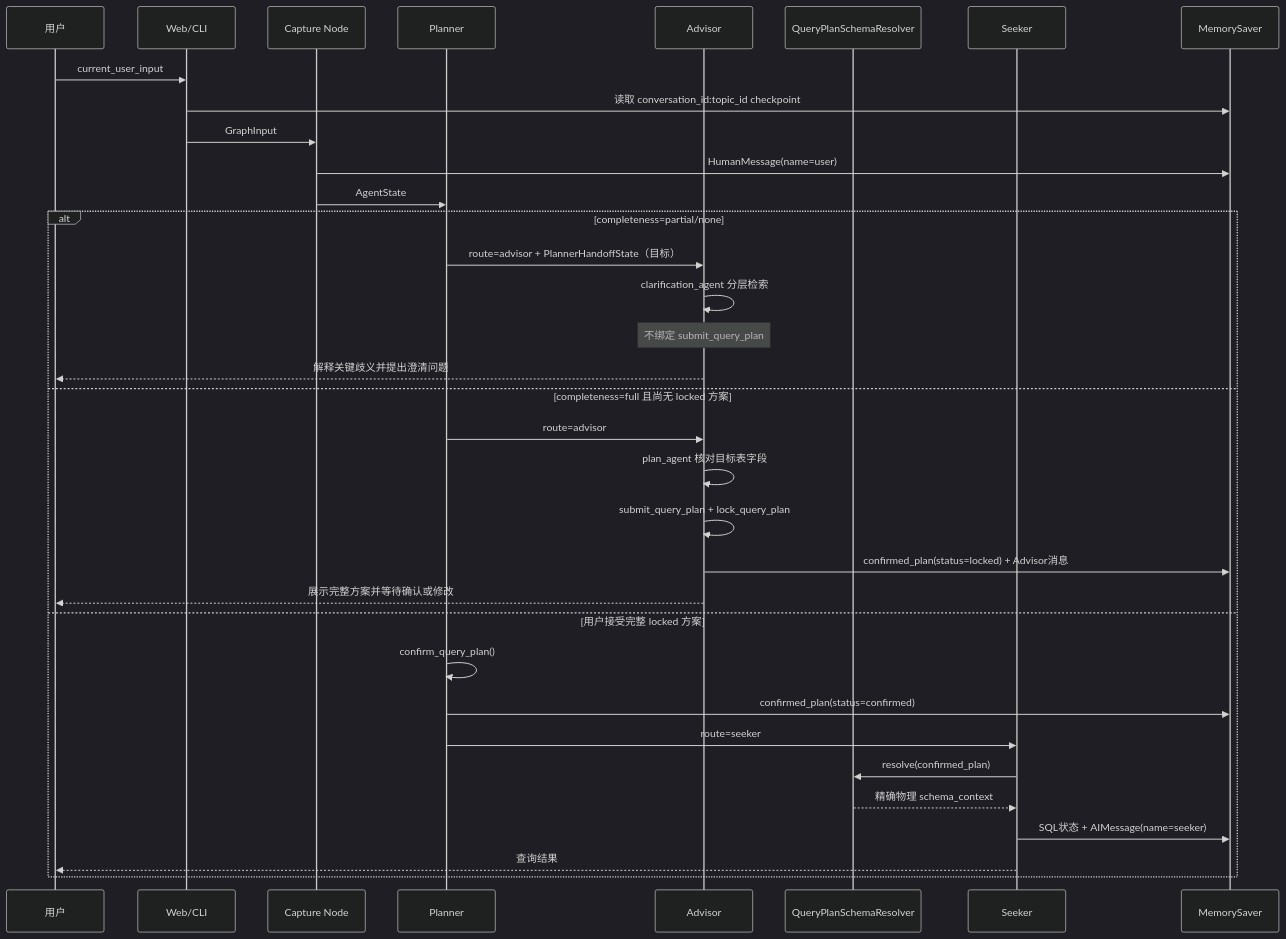
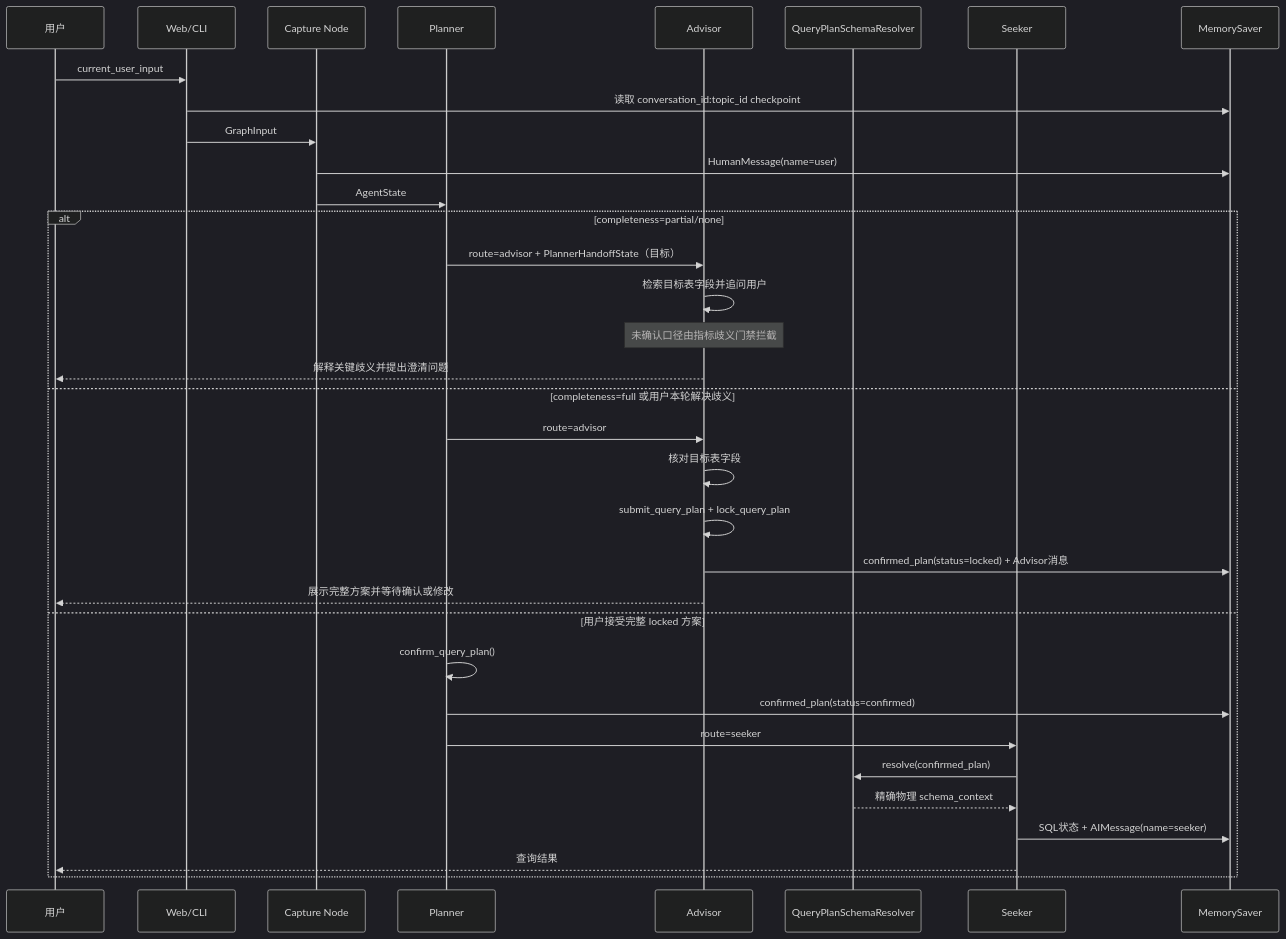
One commit to 18336621007/warehouseAgent changed the fifth of 5 diagrams in docs/架构/State与记忆系统架构.md. Above: the diagram before and after it, drawn with Mermaid (dark theme). The commit also changed other lines of this file and 24 other files, not shown here.

````diff
--- a/docs/架构/State与记忆系统架构.md
+++ b/docs/架构/State与记忆系统架构.md
@@ -445,37 +449,37 @@
 ```mermaid
 sequenceDiagram
     participant U as 用户
     participant W as Web/CLI
     participant C as Capture Node
     participant P as Planner
     participant A as Advisor
     participant R as QueryPlanSchemaResolver
     participant S as Seeker
     participant M as MemorySaver
 
     U->>W: current_user_input
     W->>M: 读取 conversation_id:topic_id checkpoint
     W->>C: GraphInput
     C->>M: HumanMessage(name=user)
     C->>P: AgentState
     alt completeness=partial/none
         P->>A: route=advisor + PlannerHandoffState（目标）
-        A->>A: clarification_agent 分层检索
-        Note over A: 不绑定 submit_query_plan
+        A->>A: 检索目标表字段并追问用户
+        Note over A: 未确认口径由指标歧义门禁拦截
         A-->>U: 解释关键歧义并提出澄清问题
-    else completeness=full 且尚无 locked 方案
+    else completeness=full 或用户本轮解决歧义
         P->>A: route=advisor
-        A->>A: plan_agent 核对目标表字段
+        A->>A: 核对目标表字段
         A->>A: submit_query_plan + lock_query_plan
         A->>M: confirmed_plan(status=locked) + Advisor消息
         A-->>U: 展示完整方案并等待确认或修改
     else 用户接受完整 locked 方案
         P->>P: confirm_query_plan()
         P->>M: confirmed_plan(status=confirmed)
         P->>S: route=seeker
         S->>R: resolve(confirmed_plan)
         R-->>S: 精确物理 schema_context
         S->>M: SQL状态 + AIMessage(name=seeker)
         S-->>U: 查询结果
     end
 ```
````
